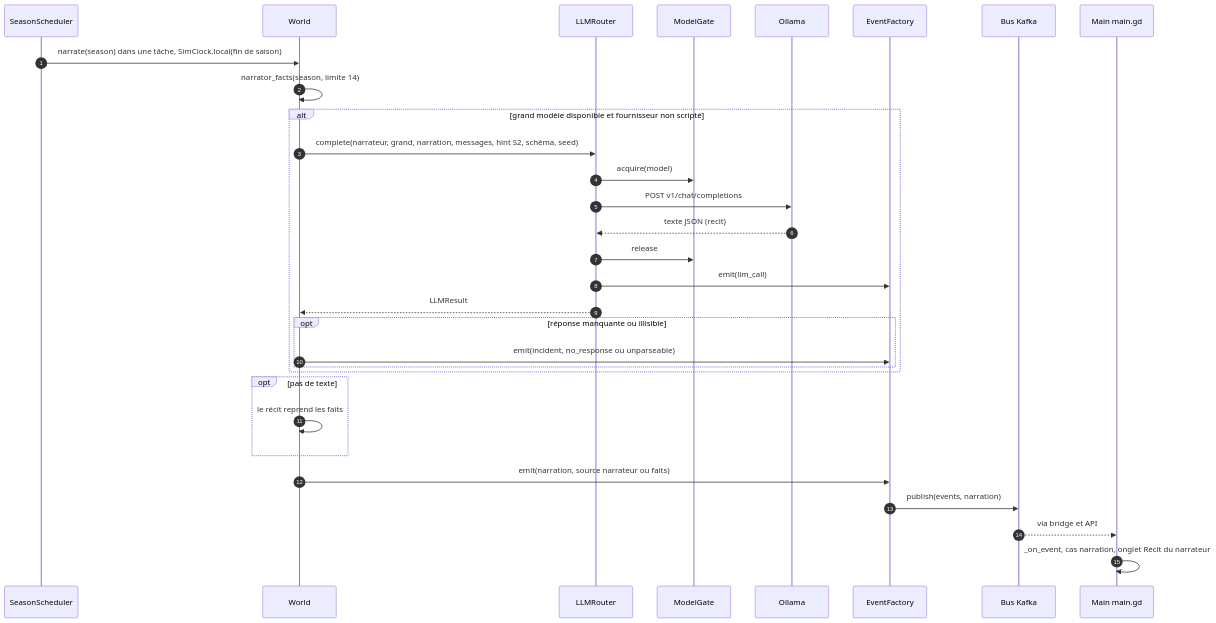
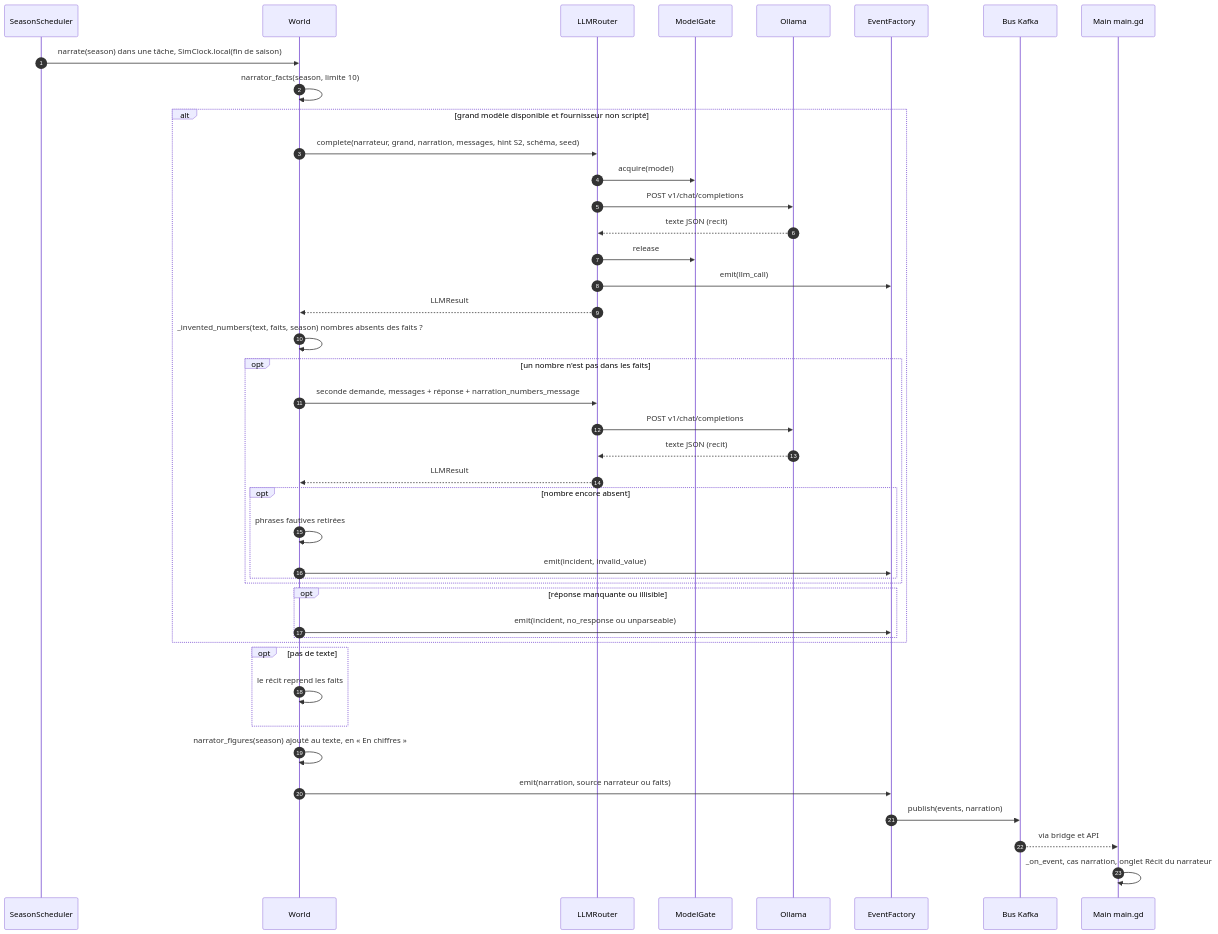
One commit to Romain-LM-Dev/Projet-Parcours---Filets-de-Vellmor changed diagram 13 of 15 in docs/uml/sequences.md. Above: the diagram before and after it, drawn with Mermaid. The commit also changed other lines of this file and 16 other files, not shown here.

````diff
--- a/docs/uml/sequences.md
+++ b/docs/uml/sequences.md
@@ -757,34 +763,46 @@
 ```mermaid
 sequenceDiagram
     autonumber
     participant S as SeasonScheduler
     participant W as World
     participant RT as LLMRouter
     participant GATE as ModelGate
     participant OL as Ollama
     participant EF as EventFactory
     participant K as Bus Kafka
     participant M as Main main.gd
 
     S->>W: narrate(season) dans une tâche, SimClock.local(fin de saison)
-    W->>W: narrator_facts(season, limite 14)
+    W->>W: narrator_facts(season, limite 10)
     alt grand modèle disponible et fournisseur non scripté
         W->>RT: complete(narrateur, grand, narration, messages, hint S2, schéma, seed)
         RT->>GATE: acquire(model)
         RT->>OL: POST v1/chat/completions
         OL-->>RT: texte JSON (recit)
         RT->>GATE: release
         RT->>EF: emit(llm_call)
         RT-->>W: LLMResult
+        W->>W: _invented_numbers(text, faits, season) nombres absents des faits ?
+        opt un nombre n'est pas dans les faits
+            W->>RT: seconde demande, messages + réponse + narration_numbers_message
+            RT->>OL: POST v1/chat/completions
+            OL-->>RT: texte JSON (recit)
+            RT-->>W: LLMResult
+            opt nombre encore absent
+                W->>W: phrases fautives retirées
+                W->>EF: emit(incident, invalid_value)
+            end
+        end
         opt réponse manquante ou illisible
             W->>EF: emit(incident, no_response ou unparseable)
         end
     end
     opt pas de texte
         W->>W: le récit reprend les faits
     end
+    W->>W: narrator_figures(season) ajouté au texte, en « En chiffres »
     W->>EF: emit(narration, source narrateur ou faits)
     EF->>K: publish(events, narration)
     K-->>M: via bridge et API
     M->>M: _on_event, cas narration, onglet Récit du narrateur
 ```
````
